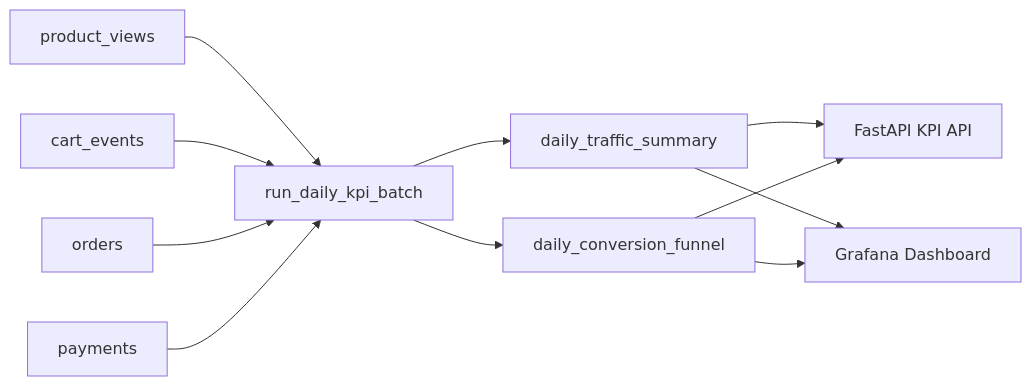
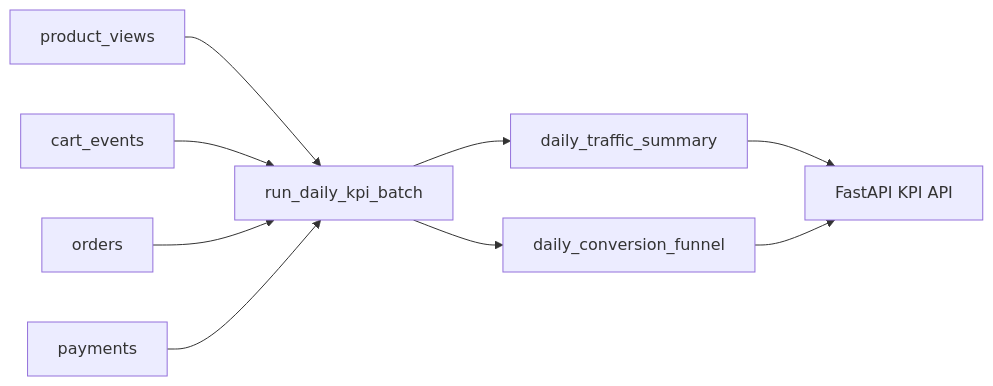
One commit to luke0408/pyspart-test changed the first of 2 diagrams in docs/structure.md. Above: the diagram before and after it, drawn with Mermaid. The commit also changed other lines of this file and 13 other files, not shown here.

````diff
--- a/docs/structure.md
+++ b/docs/structure.md
@@ -28,16 +26,14 @@
 ```mermaid
 flowchart LR
   PV[product_views] --> B[run_daily_kpi_batch]
   CE[cart_events] --> B
   O[orders] --> B
   P[payments] --> B
 
   B --> DTS[daily_traffic_summary]
   B --> DCF[daily_conversion_funnel]
 
   DTS --> API[FastAPI KPI API]
   DCF --> API
 
-  DTS --> G[Grafana Dashboard]
-  DCF --> G
 ```
````
